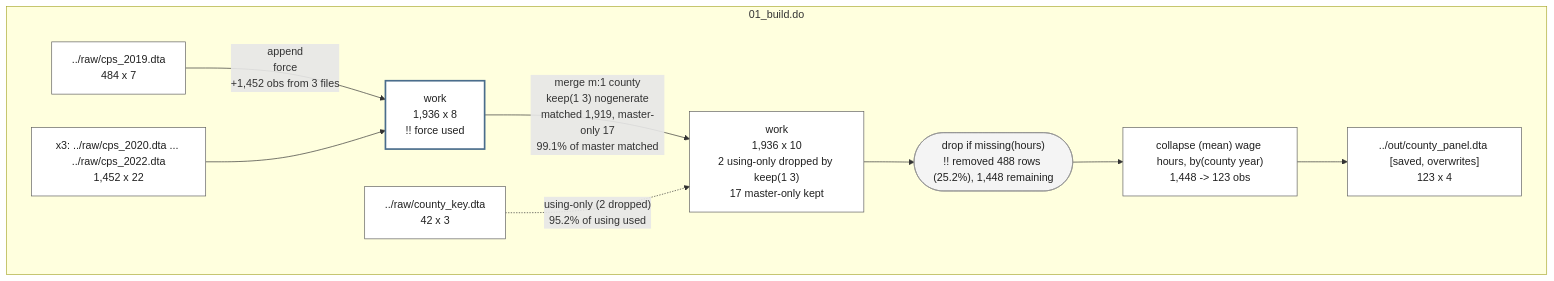
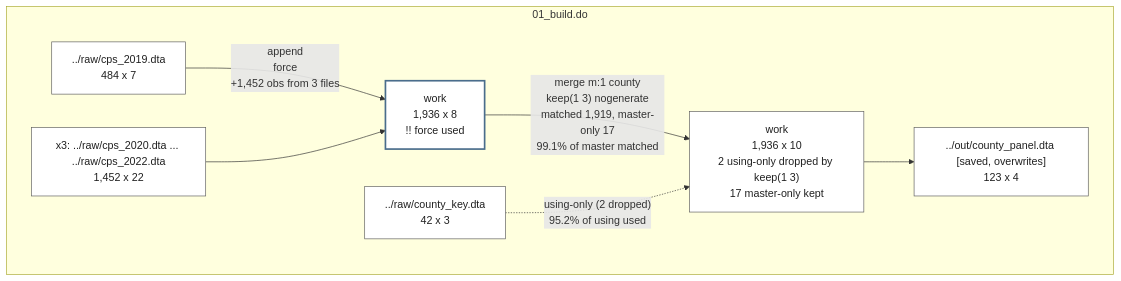
One commit to ericabooth/mergemap-stata-public changed the diagram in README.md. Above: the diagram before and after it, drawn with Mermaid. The commit also changed other lines of this file and 52 other files, not shown here.

````diff
--- a/README.md
+++ b/README.md
@@ -142,26 +142,22 @@
 ```mermaid
 flowchart TD
   classDef default fill:#ffffff,stroke:#606060,color:#202020;
   classDef mmfilter fill:#f4f4f4,stroke:#909090,color:#202020;
   classDef mmnote fill:#fafafa,stroke:#b0b0b0,color:#404040;
   classDef mmwarn fill:#ffffff,stroke:#4a6d8c,stroke-width:2.5px,color:#202020;
+  classDef mmstop fill:#ffffff,stroke:#4a6d8c,stroke-width:4px,color:#202020;
   subgraph sg1["01_build.do"]
     d6["../raw/cps_2019.dta<br/>484 x 7"]
     d7["x3: ../raw/cps_2020.dta ... ../raw/cps_2022.dta<br/>1,452 x 22"]
     s3["work<br/>1,936 x 8<br/>!! force used"]
     d5["../raw/county_key.dta<br/>42 x 3"]
     s4["work<br/>1,936 x 10<br/>2 using-only dropped by keep(1 3)<br/>17 master-only kept"]
-    s5(["drop if missing(hours)<br/>!! removed 488 rows (25.2%), 1,448 remaining"])
-    s6["collapse (mean) wage hours, by(county year)<br/>1,448 -> 123 obs"]
     d2["../out/county_panel.dta [saved, overwrites]<br/>123 x 4"]
   end
   d6 -- "append<br/>force<br/>+1,452 obs from 3 files" --> s3
   d7 --> s3
   s3 -- "merge m:1 county<br/>keep(1 3) nogenerate<br/>matched 1,919, master-only 17<br/>99.1% of master matched" --> s4
   d5 -. "using-only (2 dropped)<br/>95.2% of using used" .-> s4
-  s4 --> s5
-  s5 --> s6
-  s6 --> d2
+  s4 --> d2
   class s3 mmwarn;
-  class s5 mmfilter;
 ```
````
